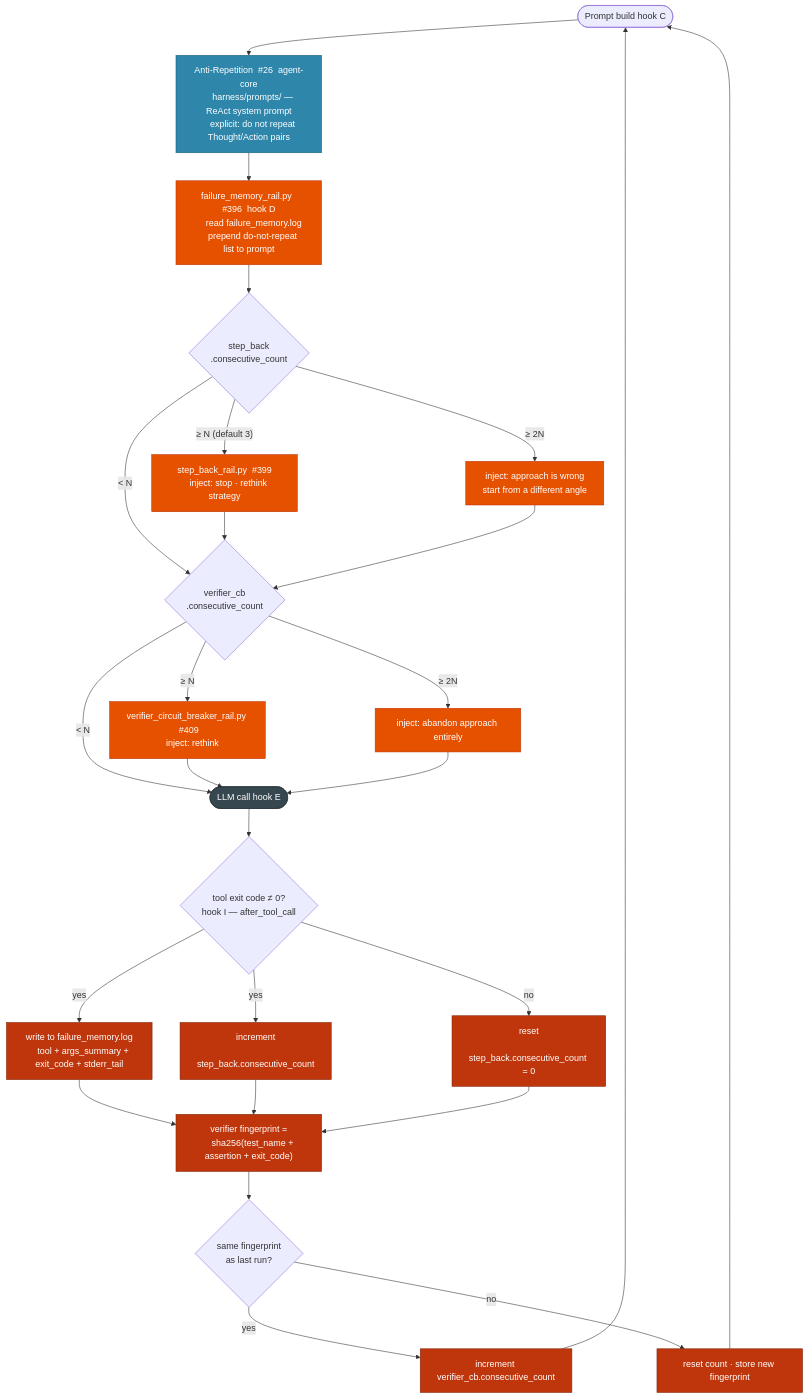
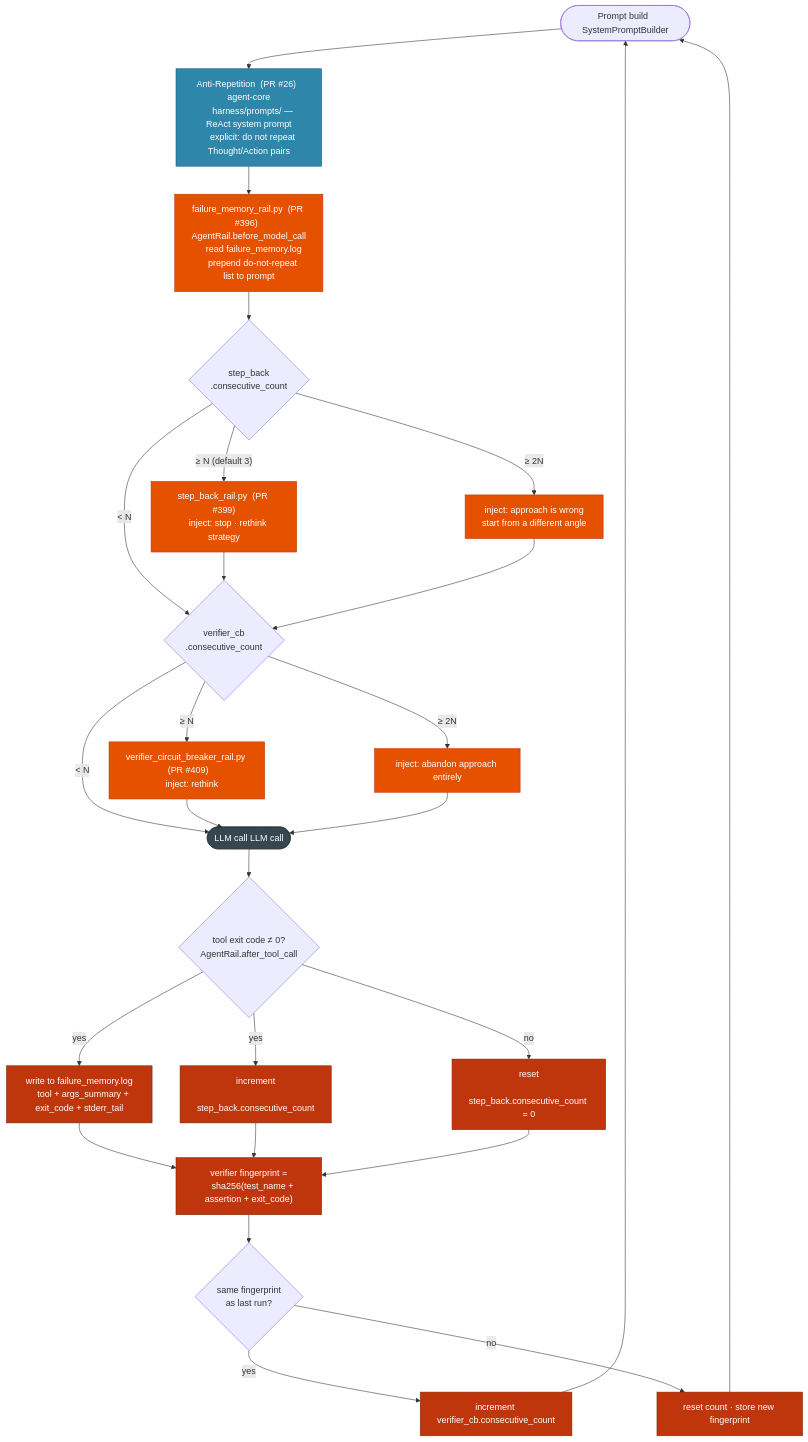
One commit to michaelatamuk/openjiuwen-jiuwenswarm changed the fifth of 8 diagrams in docs-michael/Implementation.Overview.md. Above: the diagram before and after it, drawn with Mermaid. The commit also changed other lines of this file, not shown here.

````diff
--- a/docs-michael/Implementation.Overview.md
+++ b/docs-michael/Implementation.Overview.md
@@ -768,56 +768,56 @@
 ```mermaid
 flowchart TD
     classDef ac   fill:#2E86AB,color:#fff,stroke:#1a5f7a
     classDef pre  fill:#E65100,color:#fff,stroke:#BF360C
     classDef post fill:#BF360C,color:#fff,stroke:#7f2407
     classDef io   fill:#37474F,color:#fff,stroke:#263238
 
-    PROMPT(["Prompt build  hook C"])
+    PROMPT(["Prompt build  SystemPromptBuilder"])
 
-    PROMPT --> AR["Anti-Repetition  #26  agent-core
+    PROMPT --> AR["Anti-Repetition  (PR #26)  agent-core
     harness/prompts/ — ReAct system prompt
     explicit: do not repeat Thought/Action pairs"]:::ac
 
-    AR --> DMEM["failure_memory_rail.py  #396  hook D
+    AR --> DMEM["failure_memory_rail.py  (PR #396)  AgentRail.before_model_call
     read failure_memory.log
     prepend do-not-repeat list to prompt"]:::pre
 
     DMEM --> SB_CHK{"step_back
     .consecutive_count"}
 
     SB_CHK -->|"< N"| VCB_CHK
-    SB_CHK -->|"≥ N (default 3)"| SB1["step_back_rail.py  #399
+    SB_CHK -->|"≥ N (default 3)"| SB1["step_back_rail.py  (PR #399)
     inject: stop · rethink strategy"]:::pre
     SB_CHK -->|"≥ 2N"| SB2["inject: approach is wrong
     start from a different angle"]:::pre
 
     SB1 & SB2 --> VCB_CHK{"verifier_cb
     .consecutive_count"}
 
     VCB_CHK -->|"< N"| LLM
-    VCB_CHK -->|"≥ N"| VCB1["verifier_circuit_breaker_rail.py  #409
+    VCB_CHK -->|"≥ N"| VCB1["verifier_circuit_breaker_rail.py  (PR #409)
     inject: rethink"]:::pre
     VCB_CHK -->|"≥ 2N"| VCB2["inject: abandon approach entirely"]:::pre
 
-    VCB1 & VCB2 --> LLM(["LLM call  hook E"]):::io
+    VCB1 & VCB2 --> LLM(["LLM call  LLM call"]):::io
 
     LLM --> NONZERO{"tool exit code ≠ 0?
-    hook I — after_tool_call"}
+    AgentRail.after_tool_call"}
 
     NONZERO -->|"yes"| FM_W["write to failure_memory.log
     tool + args_summary + exit_code + stderr_tail"]:::post
     NONZERO -->|"yes"| SB_INC["increment
     step_back.consecutive_count"]:::post
     NONZERO -->|"no"| SB_RST["reset
     step_back.consecutive_count = 0"]:::post
 
     FM_W & SB_INC & SB_RST --> VER_FP["verifier fingerprint =
     sha256(test_name + assertion + exit_code)"]:::post
 
     VER_FP --> SAME{"same fingerprint
     as last run?"}
     SAME -->|"yes"| VCB_INC["increment verifier_cb.consecutive_count"]:::post
     SAME -->|"no"| VCB_RST["reset count · store new fingerprint"]:::post
 
     VCB_INC & VCB_RST --> PROMPT
 ```
````
